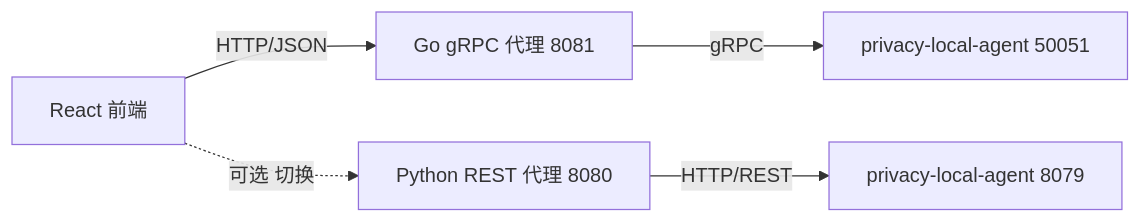
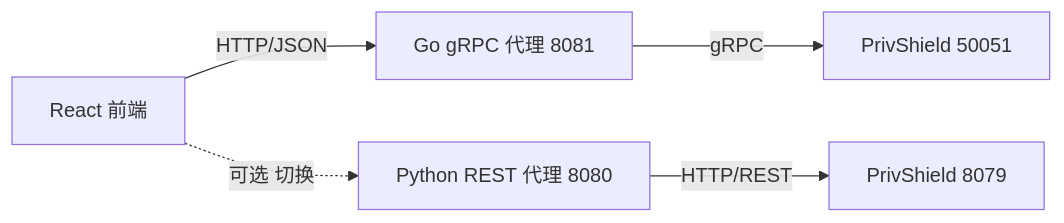
Before and after one commit to fengzhizi319/PrivShield: the first of 2 diagrams in console/backend-go/docs/ops.md, drawn with Mermaid. The commit also changed other lines of this file and 393 other files, not shown here.

Commit message:
refactor(brand): 全面将 privacy_local_agent 迁移升级为 PrivShield

````diff
--- a/console/backend-go/docs/ops.md
+++ b/console/backend-go/docs/ops.md
@@ -26,7 +26,7 @@
 ```mermaid
 graph LR
     A[React 前端] -->|HTTP/JSON| B[Go gRPC 代理 8081]
-    B -->|gRPC| C[privacy-local-agent 50051]
+    B -->|gRPC| C[PrivShield 50051]
     A -.->|可选 切换| D[Python REST 代理 8080]
-    D -->|HTTP/REST| E[privacy-local-agent 8079]
+    D -->|HTTP/REST| E[PrivShield 8079]
 ```
````
